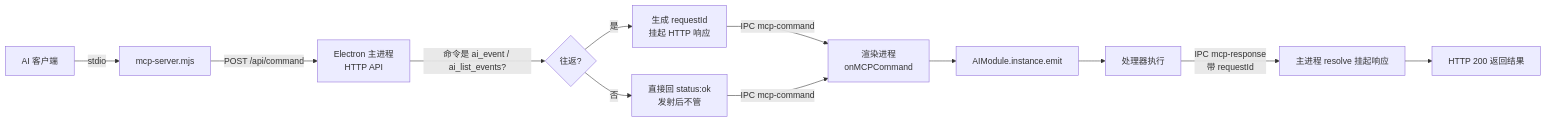
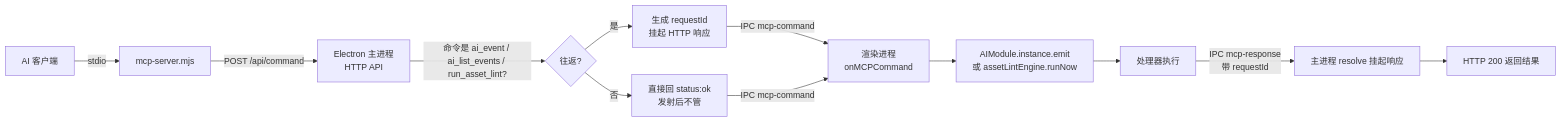
One commit to Kaplc/DemoStudio changed the diagram in doc/editor/mcp_integration.md. Above: the diagram before and after it, drawn with Mermaid. The commit also changed other lines of this file and 11 other files, not shown here.

Commit message:
feat(editor): 新增 MCP run_asset_lint/run_code_lint 工具并支持指定工程扫描

````diff
--- a/doc/editor/mcp_integration.md
+++ b/doc/editor/mcp_integration.md
@@ -122,14 +132,14 @@
 ```mermaid
 flowchart LR
     A[AI 客户端] -->|stdio| B[mcp-server.mjs]
     B -->|POST /api/command| C[Electron 主进程<br/>HTTP API]
-    C -->|命令是 ai_event / ai_list_events?| D{往返?}
+    C -->|命令是 ai_event / ai_list_events / run_asset_lint?| D{往返?}
     D -->|是| E[生成 requestId<br/>挂起 HTTP 响应]
     D -->|否| F[直接回 status:ok<br/>发射后不管]
     E -->|IPC mcp-command| G[渲染进程<br/>onMCPCommand]
     F -->|IPC mcp-command| G
-    G --> H[AIModule.instance.emit]
+    G --> H[AIModule.instance.emit<br/>或 assetLintEngine.runNow]
     H --> I[处理器执行]
     I -->|IPC mcp-response<br/>带 requestId| J[主进程 resolve 挂起响应]
     J --> K[HTTP 200 返回结果]
 ```
````
